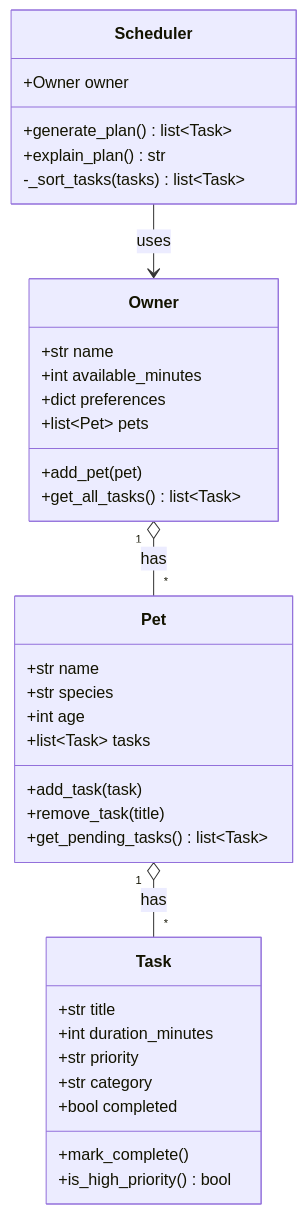
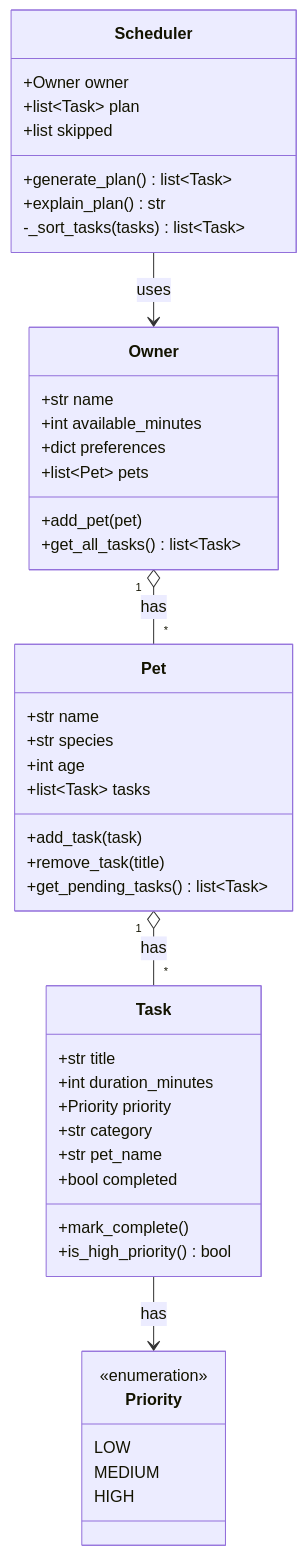
One commit to OlaFatunmbi/ai110-module2show-pawpal-starter changed the diagram in diagrams/uml_draft.mmd. Above: the diagram before and after it, drawn with Mermaid. The commit also changed 2 other files, not shown here.

Commit message:
refractor: add Priority enum, Task.pet_name, and Scheduler plan/skipped

```diff
--- a/diagrams/uml_draft.mmd
+++ b/diagrams/uml_draft.mmd
@@ -1,37 +1,47 @@
 classDiagram
+    class Priority {
+        <<enumeration>>
+        LOW
+        MEDIUM
+        HIGH
+    }
     class Task {
         +str title
         +int duration_minutes
-        +str priority
+        +Priority priority
         +str category
+        +str pet_name
         +bool completed
         +mark_complete()
         +is_high_priority() bool
     }
     class Pet {
         +str name
         +str species
         +int age
         +list~Task~ tasks
         +add_task(task)
         +remove_task(title)
         +get_pending_tasks() list~Task~
     }
     class Owner {
         +str name
         +int available_minutes
         +dict preferences
         +list~Pet~ pets
         +add_pet(pet)
         +get_all_tasks() list~Task~
     }
     class Scheduler {
         +Owner owner
+        +list~Task~ plan
+        +list skipped
         +generate_plan() list~Task~
         +explain_plan() str
         -_sort_tasks(tasks) list~Task~
     }
 
 Owner "1" o-- "*" Pet : has
 Pet "1" o-- "*" Task : has
+Task --> Priority : has
 Scheduler --> Owner : uses
```
